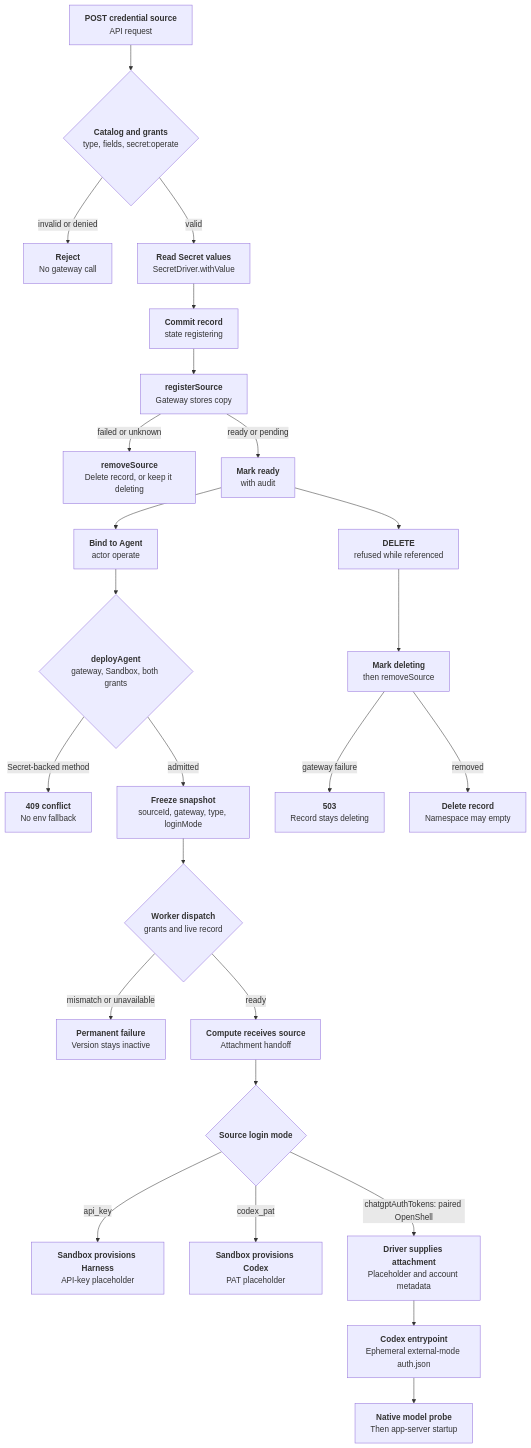
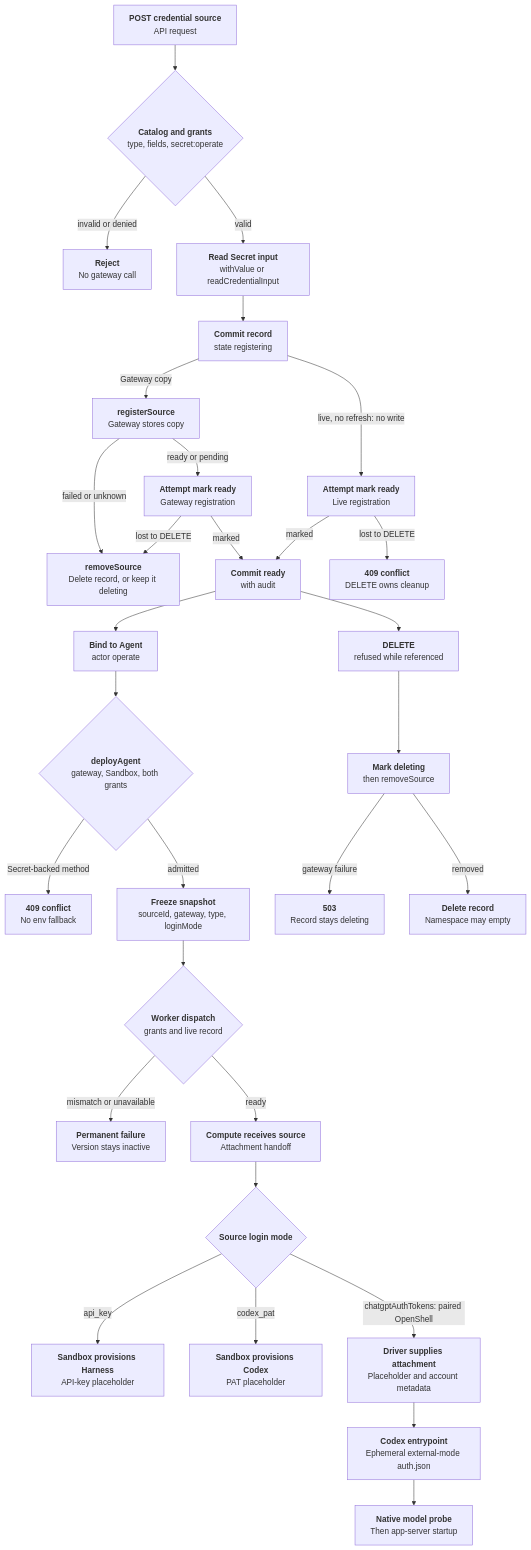
Before and after one commit to openclaw/openclaw-enterprise: the diagram in docs/flows/credential-source-lifecycle.md, drawn with Mermaid. The commit also changed other lines of this file and 3 other files, not shown here.

Commit message:
Leave concurrent live credential source cleanup to DELETE

````diff
--- a/docs/flows/credential-source-lifecycle.md
+++ b/docs/flows/credential-source-lifecycle.md
@@ -34,27 +34,32 @@
 ```mermaid
 graph TD
   A["<b>POST credential source</b><br/>API request"] --> B{"<b>Catalog and grants</b><br/>type, fields, secret:operate"}
   B -- "invalid or denied" --> X["<b>Reject</b><br/>No gateway call"]
-  B -- "valid" --> C["<b>Read Secret values</b><br/>SecretDriver.withValue"]
+  B -- "valid" --> C["<b>Read Secret input</b><br/>withValue or readCredentialInput"]
   C --> R["<b>Commit record</b><br/>state registering"]
-  R --> D["<b>registerSource</b><br/>Gateway stores copy"]
+  R -- "Gateway copy" --> D["<b>registerSource</b><br/>Gateway stores copy"]
   D -- "failed or unknown" --> Y["<b>removeSource</b><br/>Delete record, or keep it deleting"]
-  D -- "ready or pending" --> E["<b>Mark ready</b><br/>with audit"]
+  D -- "ready or pending" --> E0["<b>Attempt mark ready</b><br/>Gateway registration"]
+  E0 -- "marked" --> E["<b>Commit ready</b><br/>with audit"]
+  E0 -- "lost to DELETE" --> Y
+  R -- "live, no refresh: no write" --> E1["<b>Attempt mark ready</b><br/>Live registration"]
+  E1 -- "marked" --> E
+  E1 -- "lost to DELETE" --> X1["<b>409 conflict</b><br/>DELETE owns cleanup"]
   E --> F["<b>Bind to Agent</b><br/>actor operate"]
   F --> G{"<b>deployAgent</b><br/>gateway, Sandbox, both grants"}
   G -- "Secret-backed method" --> Z["<b>409 conflict</b><br/>No env fallback"]
   G -- "admitted" --> H["<b>Freeze snapshot</b><br/>sourceId, gateway, type, loginMode"]
   H --> I{"<b>Worker dispatch</b><br/>grants and live record"}
   I -- "mismatch or unavailable" --> W["<b>Permanent failure</b><br/>Version stays inactive"]
   I -- "ready" --> J["<b>Compute receives source</b><br/>Attachment handoff"]
   J --> P{"<b>Source login mode</b>"}
   P -- "api_key" --> Q["<b>Sandbox provisions Harness</b><br/>API-key placeholder"]
   P -- "codex_pat" --> Q1["<b>Sandbox provisions Codex</b><br/>PAT placeholder"]
   P -- "chatgptAuthTokens: paired OpenShell" --> T["<b>Driver supplies attachment</b><br/>Placeholder and account metadata"]
   T --> U["<b>Codex entrypoint</b><br/>Ephemeral external-mode auth.json"]
   U --> V["<b>Native model probe</b><br/>Then app-server startup"]
   E --> K["<b>DELETE</b><br/>refused while referenced"]
   K --> L["<b>Mark deleting</b><br/>then removeSource"]
   L -- "gateway failure" --> M["<b>503</b><br/>Record stays deleting"]
   L -- "removed" --> N["<b>Delete record</b><br/>Namespace may empty"]
 ```
````
